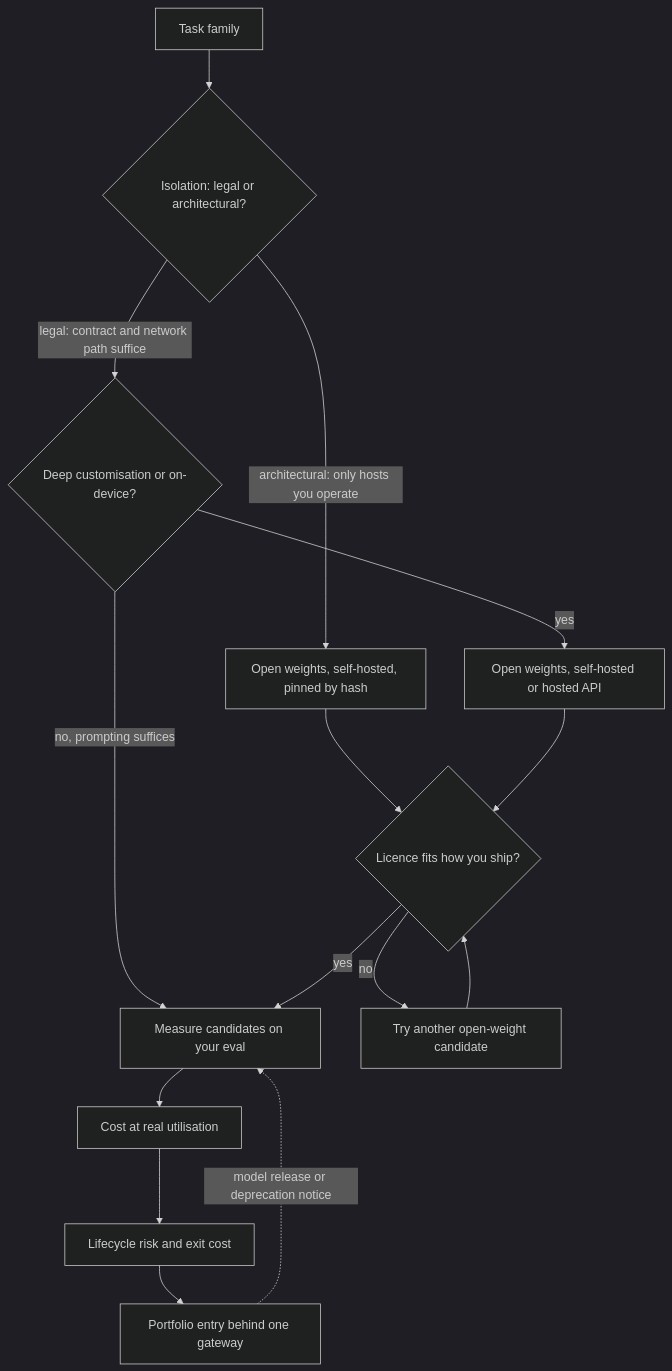
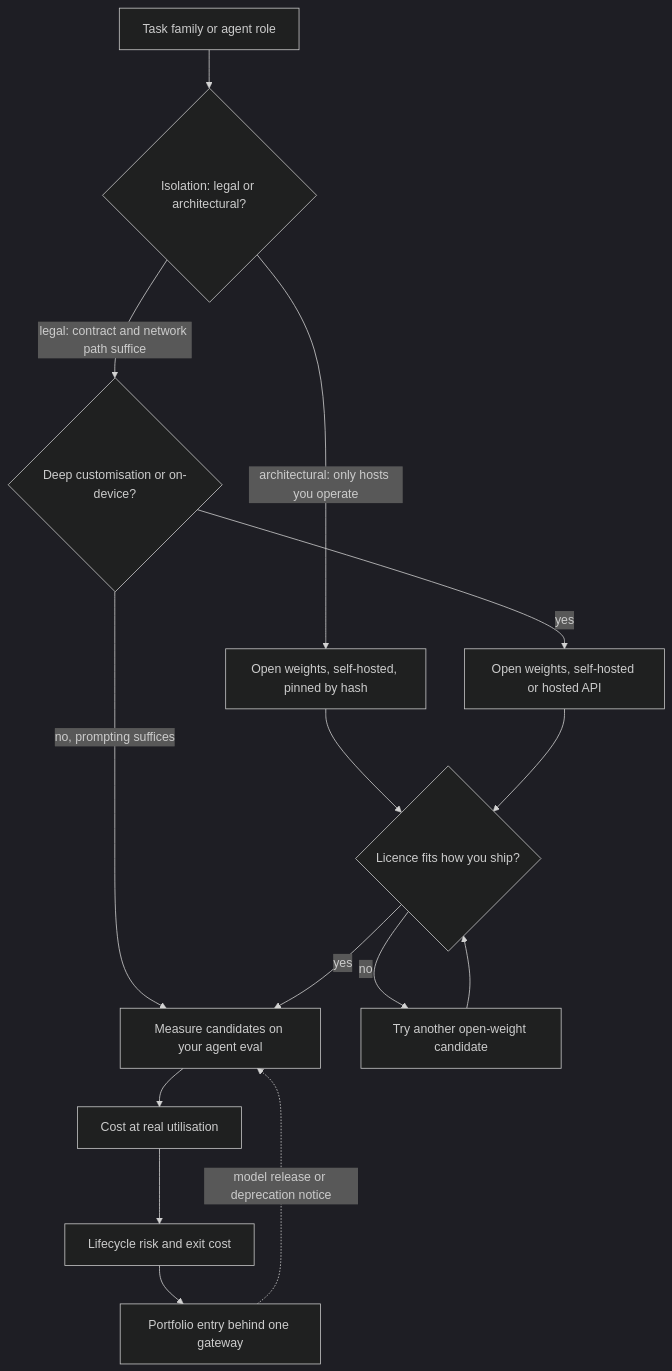
The diagram in content/system-design/open-weight-vs-proprietary.md (lovishmahajan97/agentic-learning), drawn with Mermaid (dark theme) before and after one commit. The commit also changed other lines of this file and 266 other files, not shown here.

````diff
--- a/content/system-design/open-weight-vs-proprietary.md
+++ b/content/system-design/open-weight-vs-proprietary.md
@@ -116,17 +133,17 @@
 ```mermaid
 flowchart TD
-    S["Task family"] --> I{"Isolation: legal or architectural?"}
+    S["Task family or agent role"] --> I{"Isolation: legal or architectural?"}
     I -->|"architectural: only hosts you operate"| OW["Open weights, self-hosted, pinned by hash"]
     I -->|"legal: contract and network path suffice"| L{"Deep customisation or on-device?"}
     L -->|"yes"| OWH["Open weights, self-hosted or hosted API"]
-    L -->|"no, prompting suffices"| CAP["Measure candidates on your eval"]
+    L -->|"no, prompting suffices"| CAP["Measure candidates on your agent eval"]
     OW --> LIC{"Licence fits how you ship?"}
     OWH --> LIC
     LIC -->|"yes"| CAP
     LIC -->|"no"| NX["Try another open-weight candidate"]
     NX --> LIC
     CAP --> COST["Cost at real utilisation"]
     COST --> LIFE["Lifecycle risk and exit cost"]
     LIFE --> P["Portfolio entry behind one gateway"]
     P -.->|"model release or deprecation notice"| CAP
 ```
````
